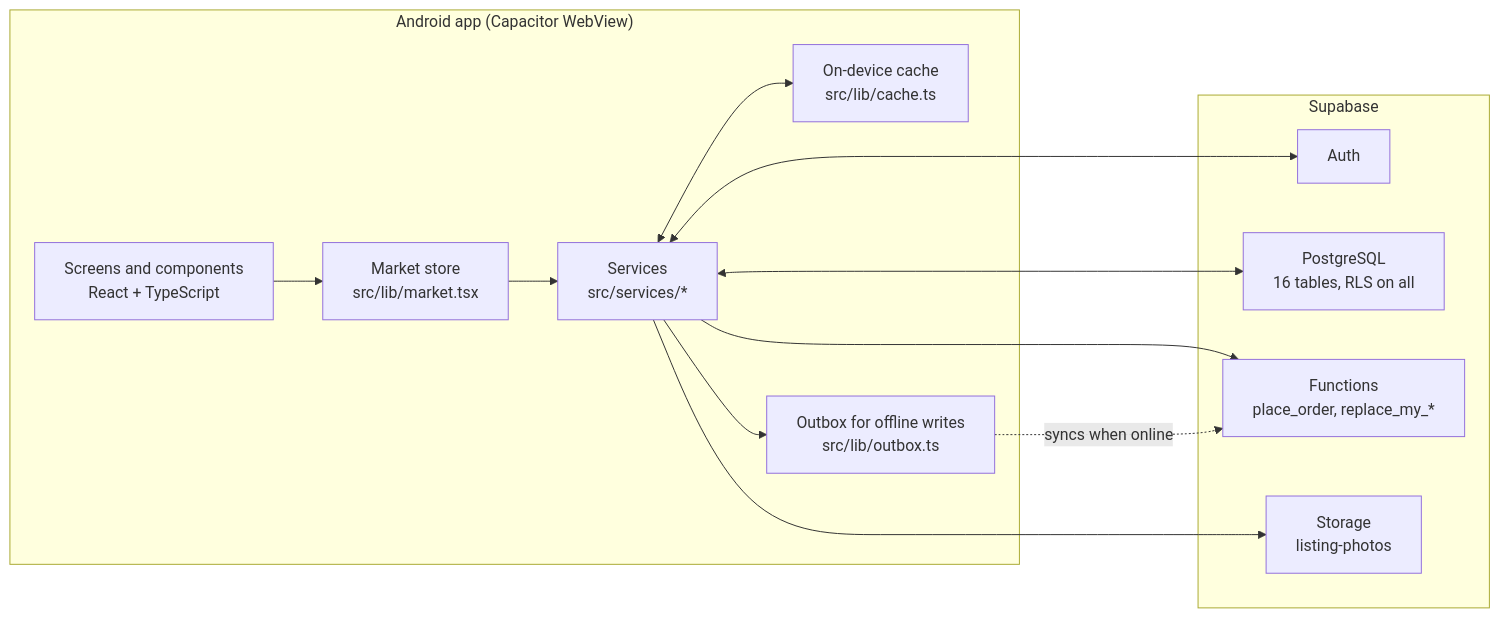
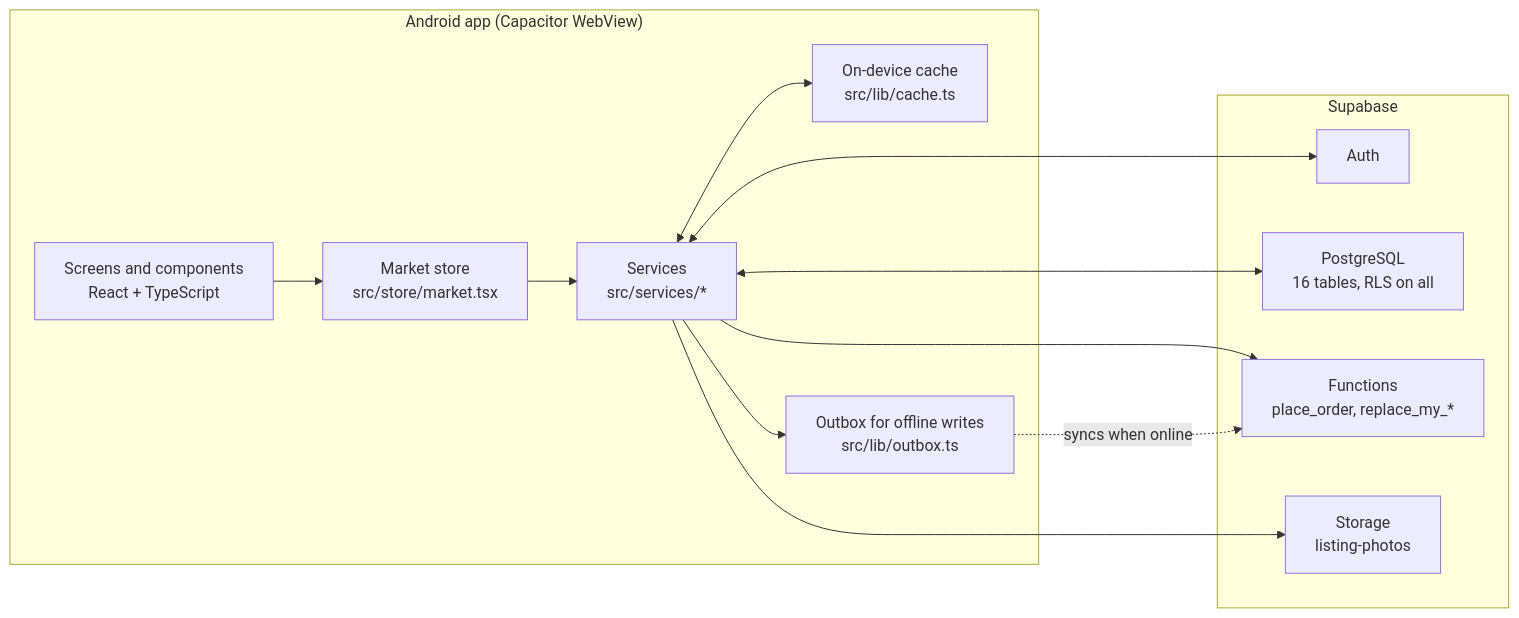
Before and after one commit to yslruzly/AniSense: the diagram in README.md, drawn with Mermaid. The commit also changed other lines of this file and 107 other files, not shown here.

````diff
--- a/README.md
+++ b/README.md
@@ -103,26 +104,26 @@
 ```mermaid
 flowchart LR
   subgraph Phone["Android app (Capacitor WebView)"]
     UI["Screens and components<br/>React + TypeScript"]
-    Store["Market store<br/>src/lib/market.tsx"]
+    Store["Market store<br/>src/store/market.tsx"]
     Services["Services<br/>src/services/*"]
     Cache["On-device cache<br/>src/lib/cache.ts"]
     Outbox["Outbox for offline writes<br/>src/lib/outbox.ts"]
   end
 
   subgraph Supabase
     Auth["Auth"]
     DB["PostgreSQL<br/>16 tables, RLS on all"]
     RPC["Functions<br/>place_order, replace_my_*"]
     Storage["Storage<br/>listing-photos"]
   end
 
   UI --> Store --> Services
   Services <--> Cache
   Services --> Outbox
   Services <--> Auth
   Services <--> DB
   Services --> RPC
   Services --> Storage
   Outbox -. "syncs when online" .-> RPC
 ```
````
